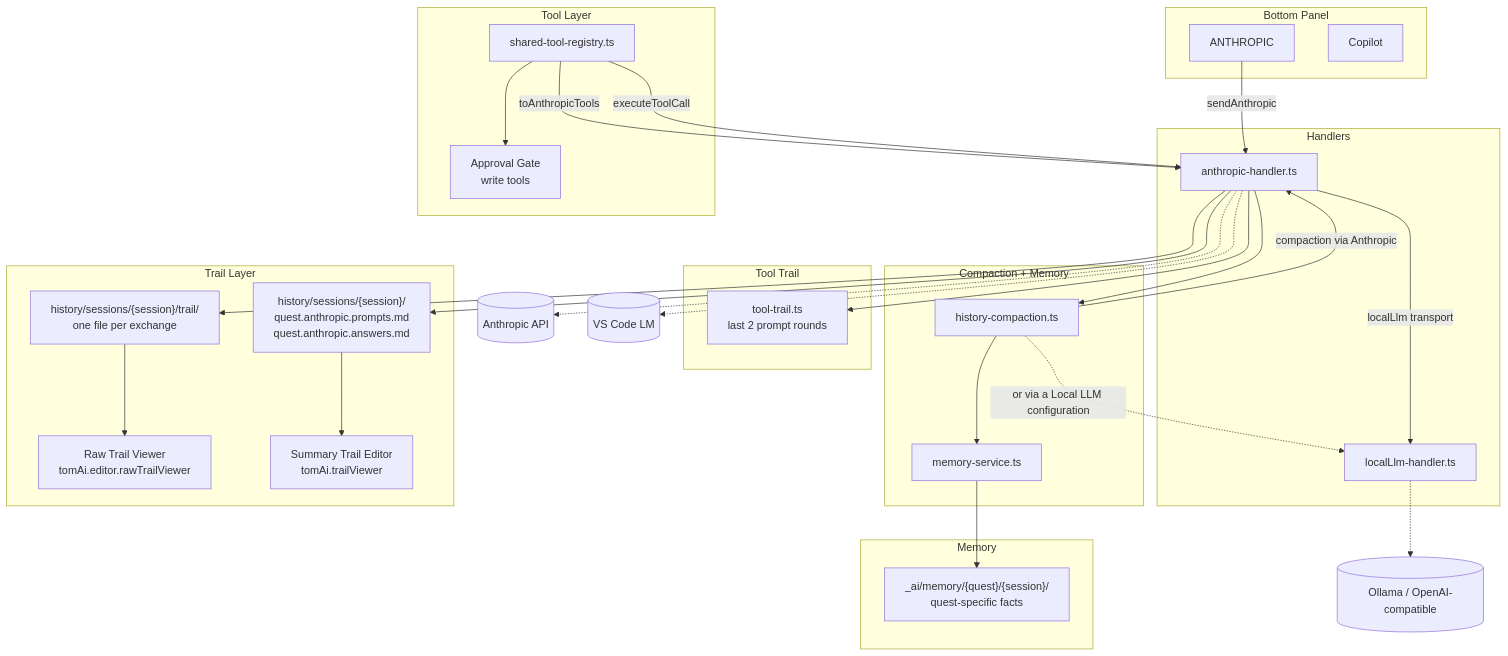
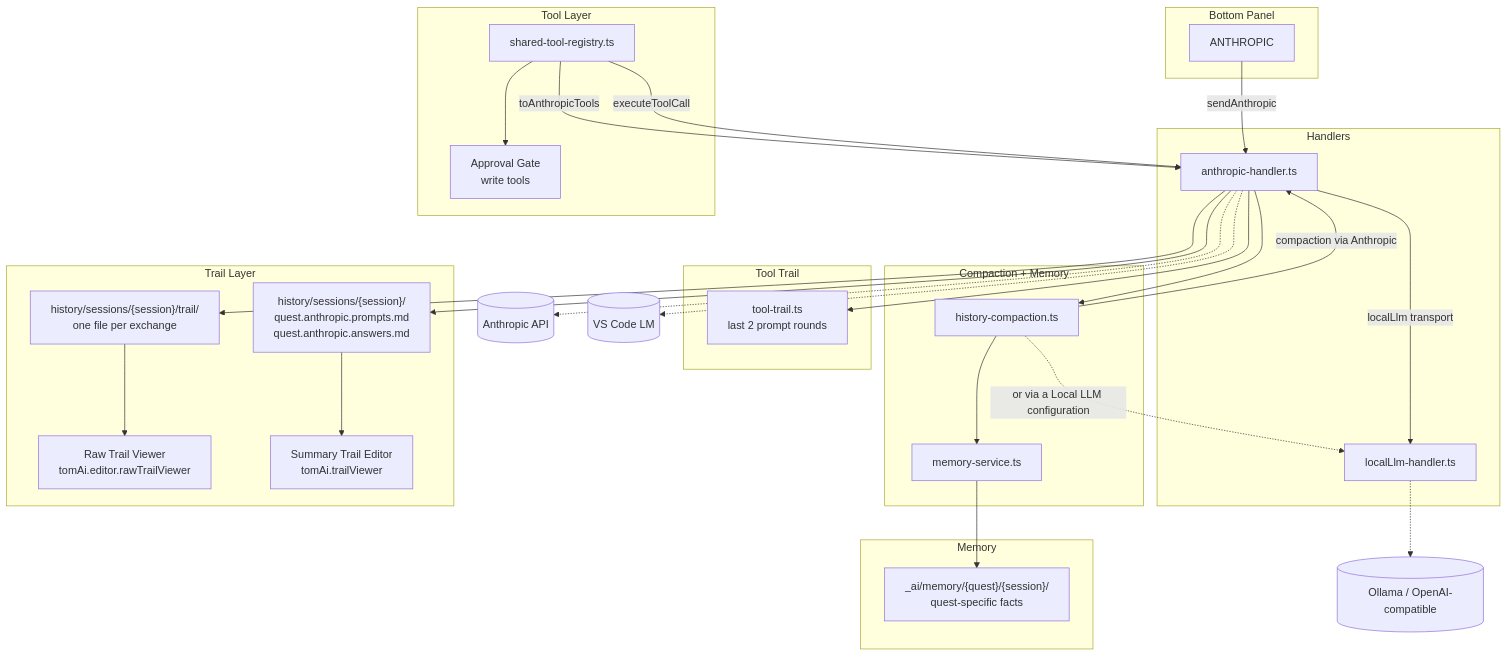
The second of 9 diagrams in tom_vscode_extension/doc/anthropic_sdk_integration.md (al-the-bear/tom_vscode), drawn with Mermaid before and after one commit. The commit also changed other lines of this file and 210 other files, not shown here.

````diff
--- a/tom_vscode_extension/doc/anthropic_sdk_integration.md
+++ b/tom_vscode_extension/doc/anthropic_sdk_integration.md
@@ -64,57 +62,56 @@
 ```mermaid
 graph TD
     subgraph Panel["Bottom Panel"]
         PA[ANTHROPIC]
-        PC[Copilot]
     end
 
     subgraph Handlers
         AH[anthropic-handler.ts]
         LH[localLlm-handler.ts]
     end
 
     subgraph ToolLayer["Tool Layer"]
         TR[shared-tool-registry.ts]
         TR -->|toAnthropicTools| AH
         TR -->|executeToolCall| AH
         APPR[Approval Gate\nwrite tools]
         TR --> APPR
     end
 
     subgraph CompactionLayer["Compaction + Memory"]
         HC[history-compaction.ts]
         MS[memory-service.ts]
         HC -->|compaction via Anthropic| AH
         HC -.->|or via a Local LLM configuration| LH
     end
 
     subgraph ToolTrailLayer["Tool Trail"]
         TT[tool-trail.ts\nlast 2 prompt rounds]
         AH --> TT
     end
 
     subgraph TrailLayer["Trail Layer"]
         RAWA["history/sessions/{session}/trail/\none file per exchange"]
         COMPACT["history/sessions/{session}/\nquest.anthropic.prompts.md\nquest.anthropic.answers.md"]
         RTV["Raw Trail Viewer\ntomAi.editor.rawTrailViewer"]
         STE["Summary Trail Editor\ntomAi.trailViewer"]
     end
     RAWA --> RTV
     COMPACT --> STE
 
     subgraph MemoryLayer["Memory"]
         MEMQ["_ai/memory/{quest}/{session}/\nquest-specific facts"]
     end
 
     PA -->|sendAnthropic| AH
     AH -->|localLlm transport| LH
     AH --> RAWA
     AH --> COMPACT
     AH --> HC
     HC --> MS
     MS --> MEMQ
 
     LH -.-> OLLAMA[(Ollama / OpenAI-compatible)]
     AH -.-> ANTHROPIC[(Anthropic API)]
     AH -.-> VSCODELM[(VS Code LM)]
 ```
````
